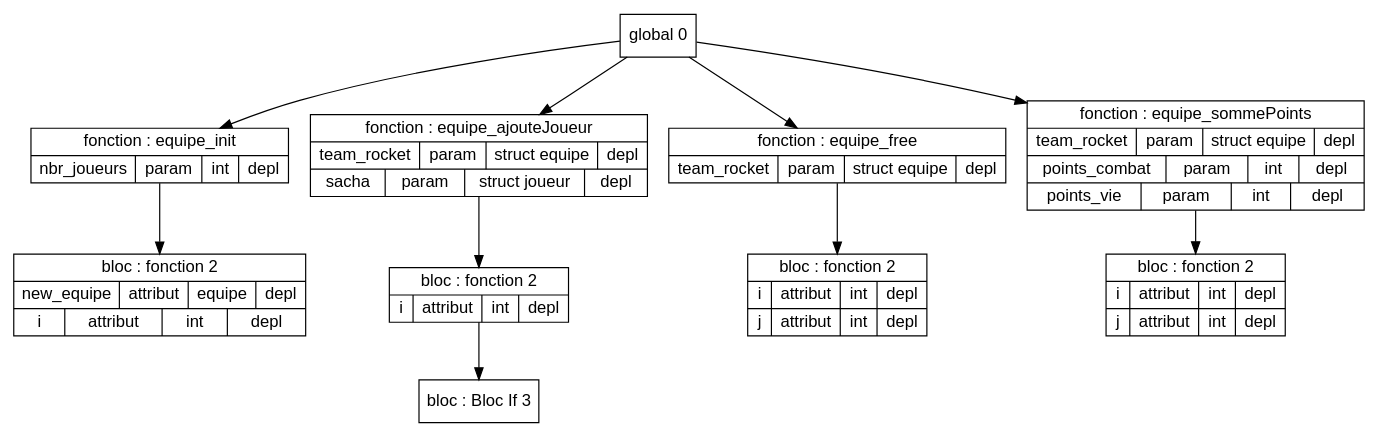
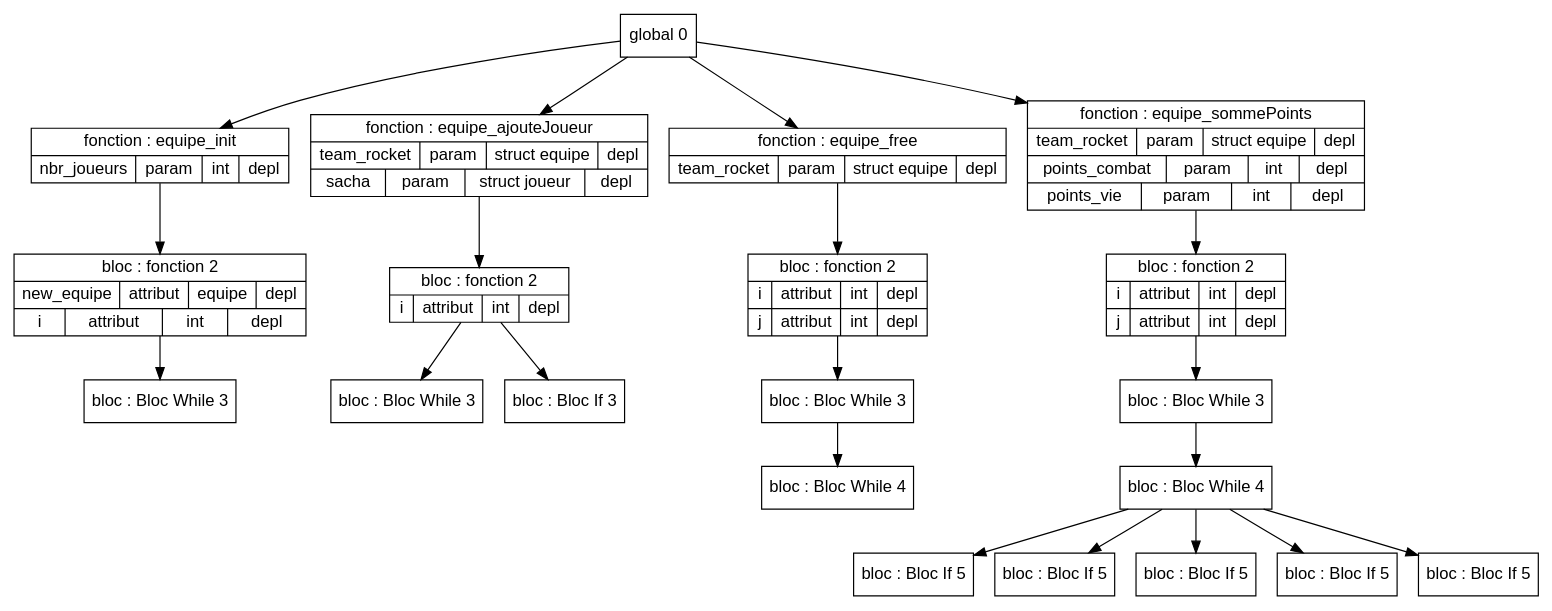
One commit to Hamza-ABDOULHOUSSEN/compil changed the diagram in Code/out/tds/dot/Test_Complet/test4.dot. Above: the diagram before and after it, drawn with Graphviz. The commit also changed 36 other files, not shown here.

```diff
--- a/Code/out/tds/dot/Test_Complet/test4.dot
+++ b/Code/out/tds/dot/Test_Complet/test4.dot
@@ -1,59 +1,103 @@
 digraph "tds"{
 
 	node [fontname="Arial"];
+
+	N3 [shape=record label="{ bloc : Bloc While  3
+	}"];
 
 	N2 [shape=record label="{ bloc : fonction  2
 	| { new_equipe | attribut | equipe | depl }
 	| { i | attribut | int | depl }
 	}"];
 
 	N1 [shape=record label="{ fonction : equipe_init
 	| { nbr_joueurs | param | int | depl }
 	}"];
 
-	N5 [shape=record label="{ bloc : Bloc If  3
+	N6 [shape=record label="{ bloc : Bloc While  3
 	}"];
 
-	N4 [shape=record label="{ bloc : fonction  2
+	N7 [shape=record label="{ bloc : Bloc If  3
+	}"];
+
+	N5 [shape=record label="{ bloc : fonction  2
 	| { i | attribut | int | depl }
 	}"];
 
-	N3 [shape=record label="{ fonction : equipe_ajouteJoueur
+	N4 [shape=record label="{ fonction : equipe_ajouteJoueur
 	| { team_rocket | param | struct equipe | depl }
 	| { sacha | param | struct joueur | depl }
 	}"];
 
-	N7 [shape=record label="{ bloc : fonction  2
-	| { i | attribut | int | depl }
-	| { j | attribut | int | depl }
+	N11 [shape=record label="{ bloc : Bloc While  4
 	}"];
 
-	N6 [shape=record label="{ fonction : equipe_free
-	| { team_rocket | param | struct equipe | depl }
+	N10 [shape=record label="{ bloc : Bloc While  3
 	}"];
 
 	N9 [shape=record label="{ bloc : fonction  2
 	| { i | attribut | int | depl }
 	| { j | attribut | int | depl }
 	}"];
 
-	N8 [shape=record label="{ fonction : equipe_sommePoints
+	N8 [shape=record label="{ fonction : equipe_free
+	| { team_rocket | param | struct equipe | depl }
+	}"];
+
+	N16 [shape=record label="{ bloc : Bloc If  5
+	}"];
+
+	N17 [shape=record label="{ bloc : Bloc If  5
+	}"];
+
+	N18 [shape=record label="{ bloc : Bloc If  5
+	}"];
+
+	N19 [shape=record label="{ bloc : Bloc If  5
+	}"];
+
+	N20 [shape=record label="{ bloc : Bloc If  5
+	}"];
+
+	N15 [shape=record label="{ bloc : Bloc While  4
+	}"];
+
+	N14 [shape=record label="{ bloc : Bloc While  3
+	}"];
+
+	N13 [shape=record label="{ bloc : fonction  2
+	| { i | attribut | int | depl }
+	| { j | attribut | int | depl }
+	}"];
+
+	N12 [shape=record label="{ fonction : equipe_sommePoints
 	| { team_rocket | param | struct equipe | depl }
 	| { points_combat | param | int | depl }
 	| { points_vie | param | int | depl }
 	}"];
 
 	N0 [shape=record label="{ global 0
 	}"];
 
 
 	N0 -> N1; 
 	N1 -> N2; 
-	N0 -> N3; 
-	N3 -> N4; 
+	N2 -> N3; 
+	N0 -> N4; 
 	N4 -> N5; 
-	N0 -> N6; 
-	N6 -> N7; 
+	N5 -> N6; 
+	N5 -> N7; 
 	N0 -> N8; 
 	N8 -> N9; 
+	N9 -> N10; 
+	N10 -> N11; 
+	N0 -> N12; 
+	N12 -> N13; 
+	N13 -> N14; 
+	N14 -> N15; 
+	N15 -> N16; 
+	N15 -> N17; 
+	N15 -> N18; 
+	N15 -> N19; 
+	N15 -> N20; 
 }
```
